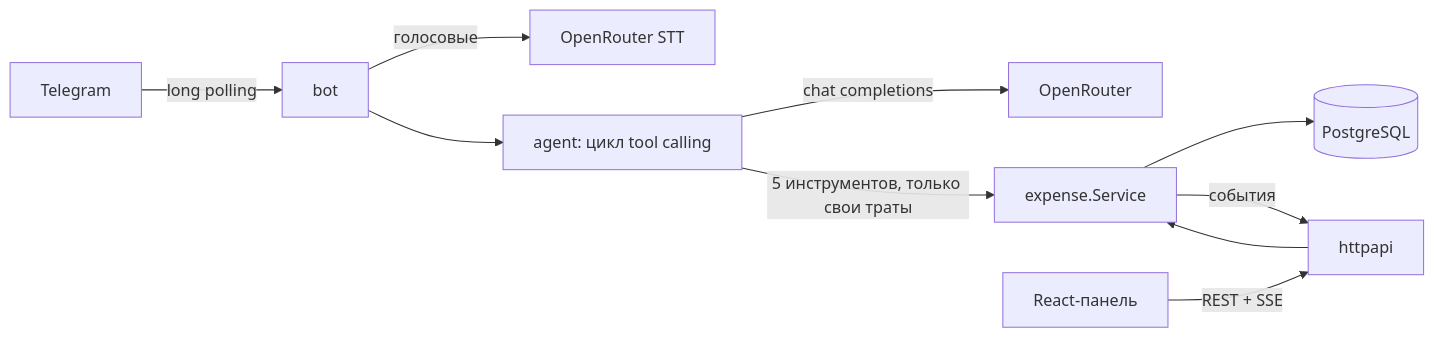
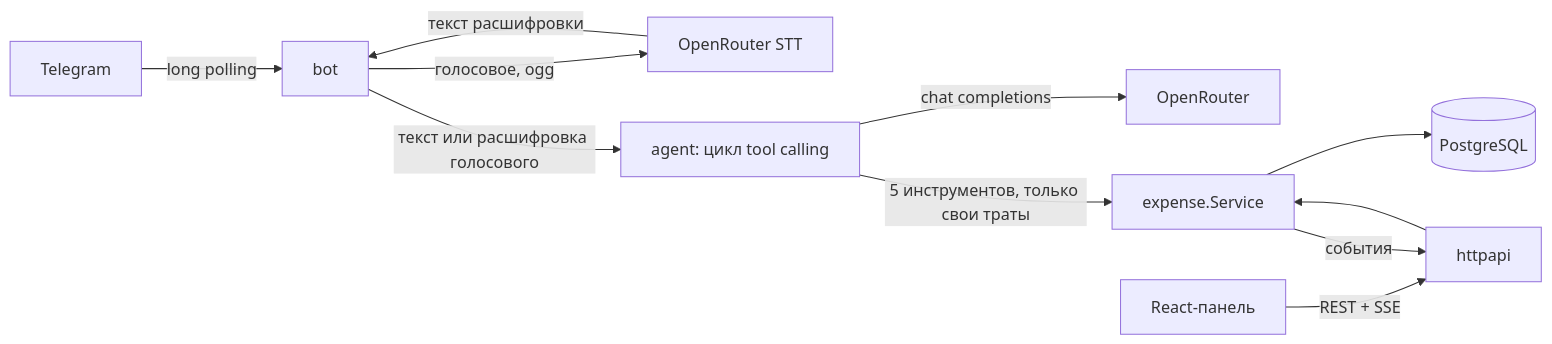
The diagram in README.md (TheLastManStandin/TestForSemen), drawn with Mermaid before and after one commit. The commit also changed 1 other file, not shown here.

Commit message:
docs: show where voice transcripts go in the architecture diagram

````diff
--- a/README.md
+++ b/README.md
@@ -45,12 +45,13 @@
 ```mermaid
 flowchart LR
   TG[Telegram] -- long polling --> BOT[bot]
-  BOT -- голосовые --> STT[OpenRouter STT]
-  BOT --> AGENT[agent: цикл tool calling]
+  BOT -- голосовое, ogg --> STT[OpenRouter STT]
+  STT -- текст расшифровки --> BOT
+  BOT -- текст или расшифровка голосового --> AGENT[agent: цикл tool calling]
   AGENT -- chat completions --> LLM[OpenRouter]
   AGENT -- 5 инструментов, только свои траты --> SVC[expense.Service]
   WEB[React-панель] -- REST + SSE --> HTTP[httpapi]
   HTTP --> SVC
   SVC --> PG[(PostgreSQL)]
   SVC -- события --> HTTP
 ```
````
